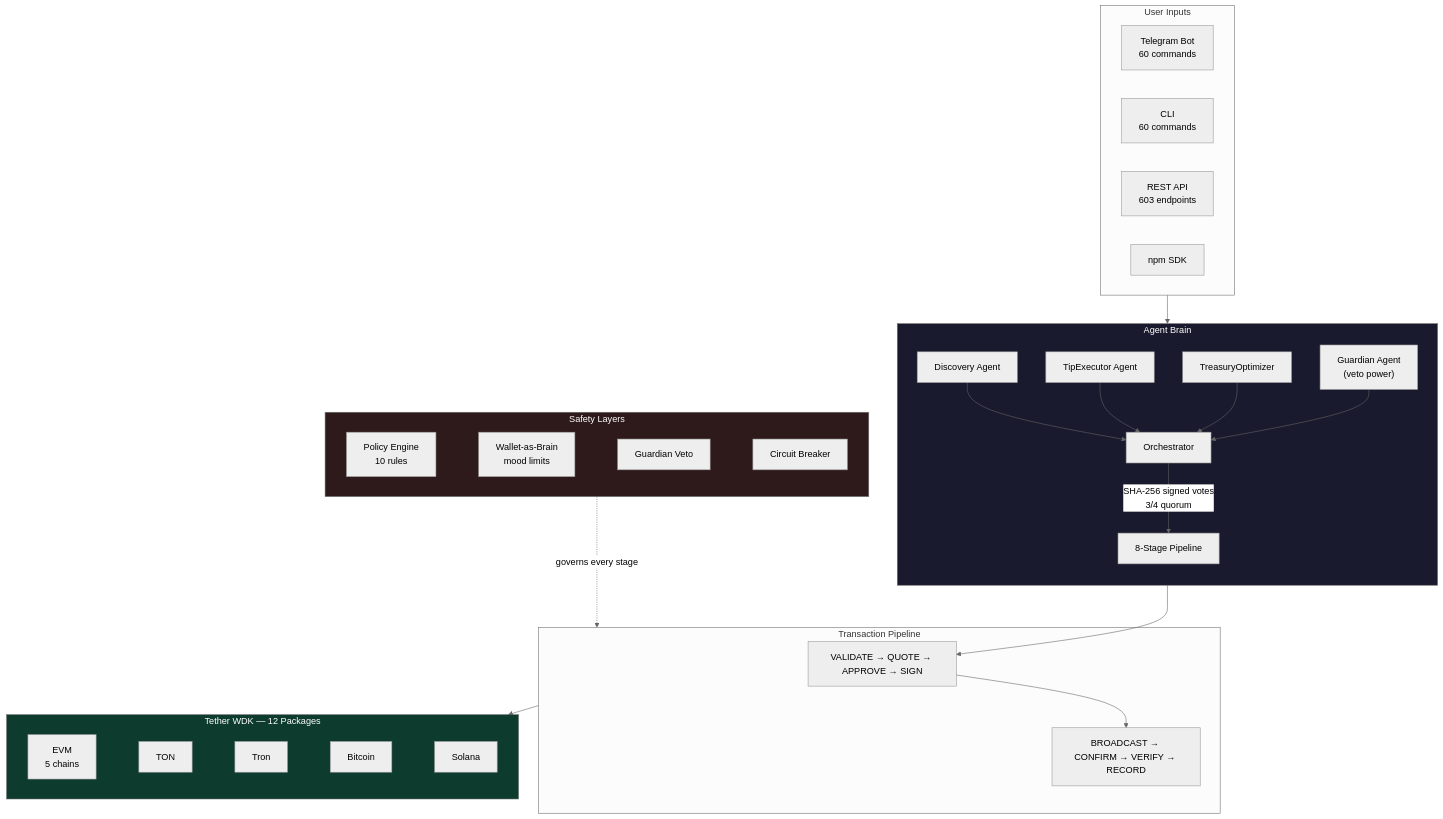
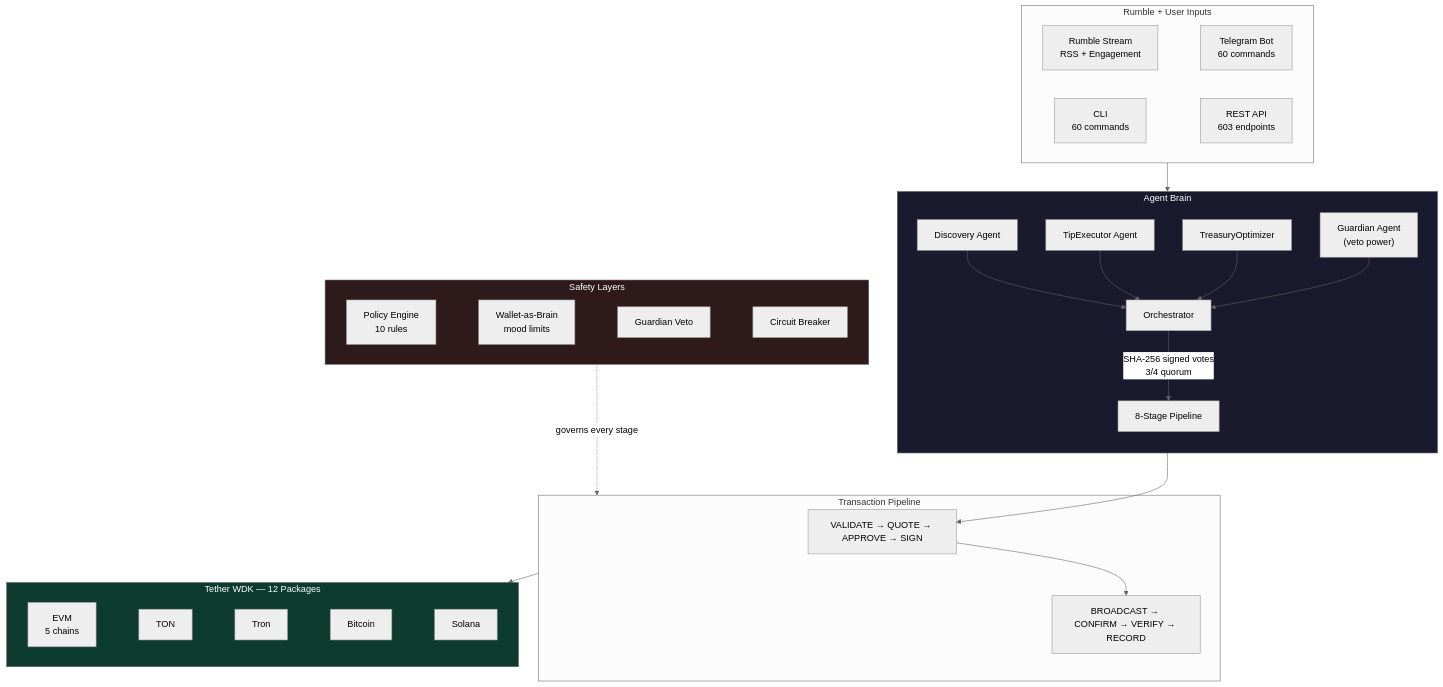
One commit to agdanish/aerofyta changed the third of 3 diagrams in README.md. Above: the diagram before and after it, drawn with Mermaid (neutral theme). The commit also changed other lines of this file, not shown here.

Commit message:
docs: final README aligned to exact 7 judging criteria, Rumble track, and known limitations

````diff
--- a/README.md
+++ b/README.md
@@ -132,40 +159,38 @@
 ```mermaid
 flowchart TB
-    subgraph Inputs["User Inputs"]
-        TG["Telegram Bot<br/>60 commands"]
-        CLI["CLI<br/>60 commands"]
-        API["REST API<br/>603 endpoints"]
-        SDK["npm SDK"]
+    subgraph Inputs["Rumble + User Inputs"]
+        R["Rumble Stream<br/>RSS + Engagement"] ~~~ TG["Telegram Bot<br/>60 commands"]
+        CLI["CLI<br/>60 commands"] ~~~ API["REST API<br/>603 endpoints"]
     end
 
     subgraph Brain["Agent Brain"]
         direction TB
         D["Discovery Agent"] --> O["Orchestrator"]
         T["TipExecutor Agent"] --> O
         TR["TreasuryOptimizer"] --> O
         G["Guardian Agent<br/>(veto power)"] --> O
         O --> |"SHA-256 signed votes<br/>3/4 quorum"| P["8-Stage Pipeline"]
     end
 
     subgraph Pipeline["Transaction Pipeline"]
         P --> V["VALIDATE → QUOTE → APPROVE → SIGN"]
         V --> B["BROADCAST → CONFIRM → VERIFY → RECORD"]
     end
 
     subgraph WDK["Tether WDK — 12 Packages"]
         direction LR
         EVM["EVM<br/>5 chains"] ~~~ TON["TON"] ~~~ TRON["Tron"] ~~~ BTC["Bitcoin"] ~~~ SOL["Solana"]
     end
 
     subgraph Safety["Safety Layers"]
         S1["Policy Engine<br/>10 rules"] ~~~ S2["Wallet-as-Brain<br/>mood limits"] ~~~ S3["Guardian Veto"] ~~~ S4["Circuit Breaker"]
     end
 
     Inputs --> Brain
     Pipeline --> WDK
     Safety -.->|"governs every stage"| Pipeline
 
     style Brain fill:#1a1a2e,color:#fff
     style WDK fill:#0d3b2e,color:#fff
     style Safety fill:#2e1a1a,color:#fff
 ```
````
